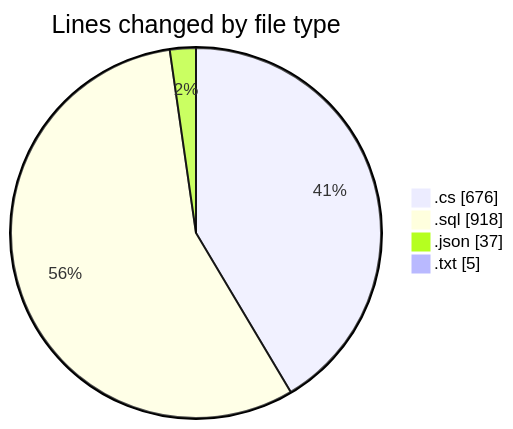
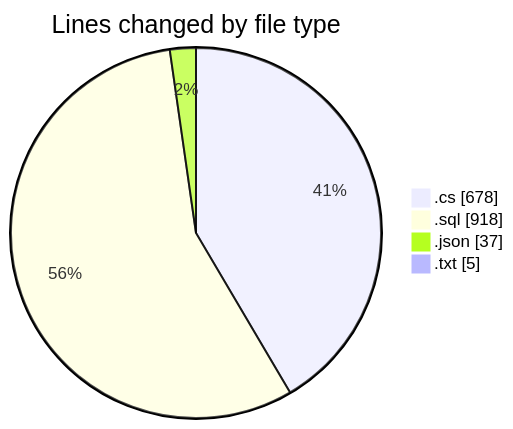
The first of 2 diagrams in 2025-04-04/back-end/README.md (Netris89/code-tracking), drawn with Mermaid before and after one commit. The commit also changed other lines of this file and 1 other file, not shown here.

````diff
--- a/2025-04-04/back-end/README.md
+++ b/2025-04-04/back-end/README.md
@@ -26,8 +26,8 @@
 ```mermaid
 pie showData
 title Lines changed by file type
-".cs" : 676
+".cs" : 678
 ".sql" : 918
 ".json" : 37
 ".txt" : 5
 ```
````
